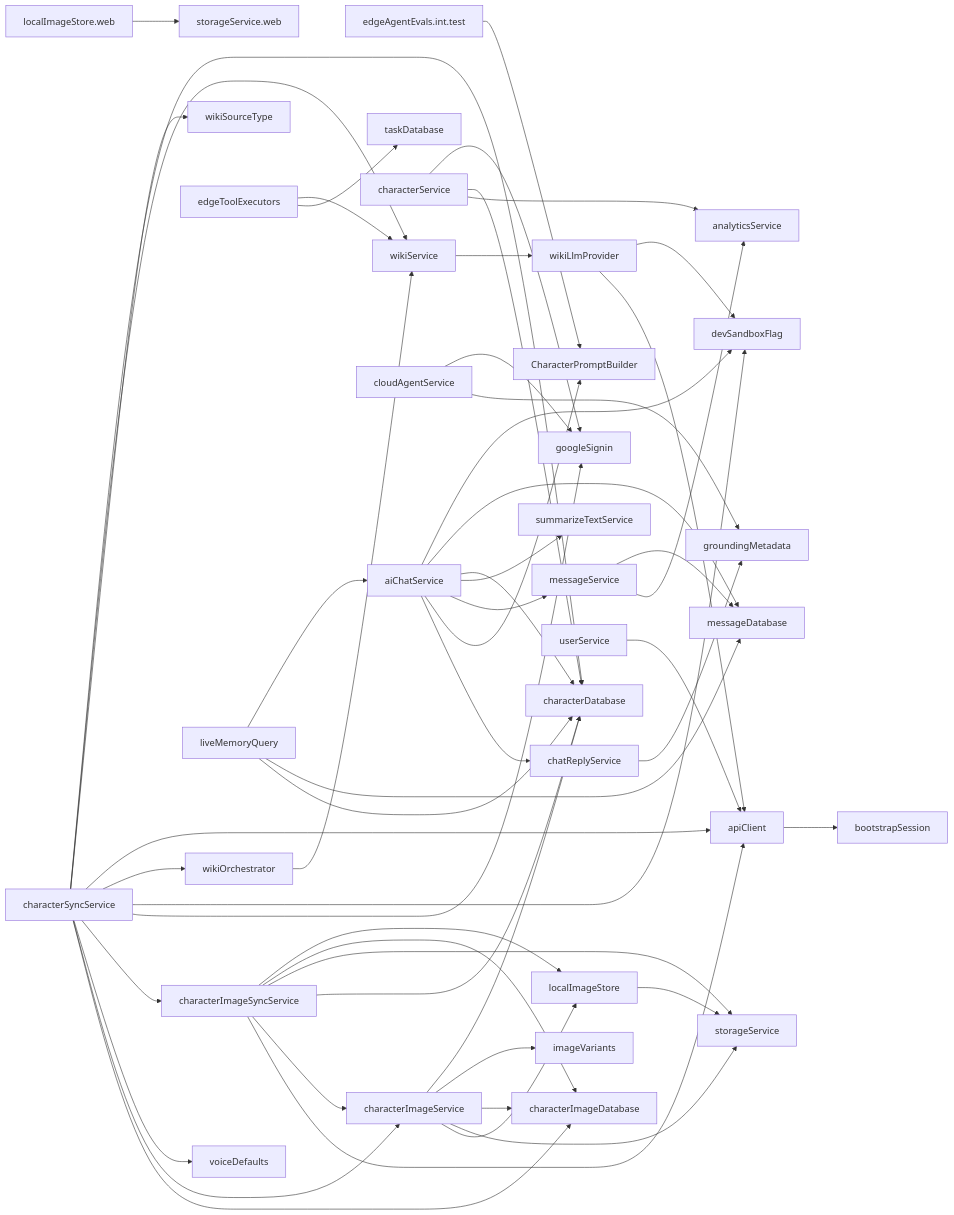
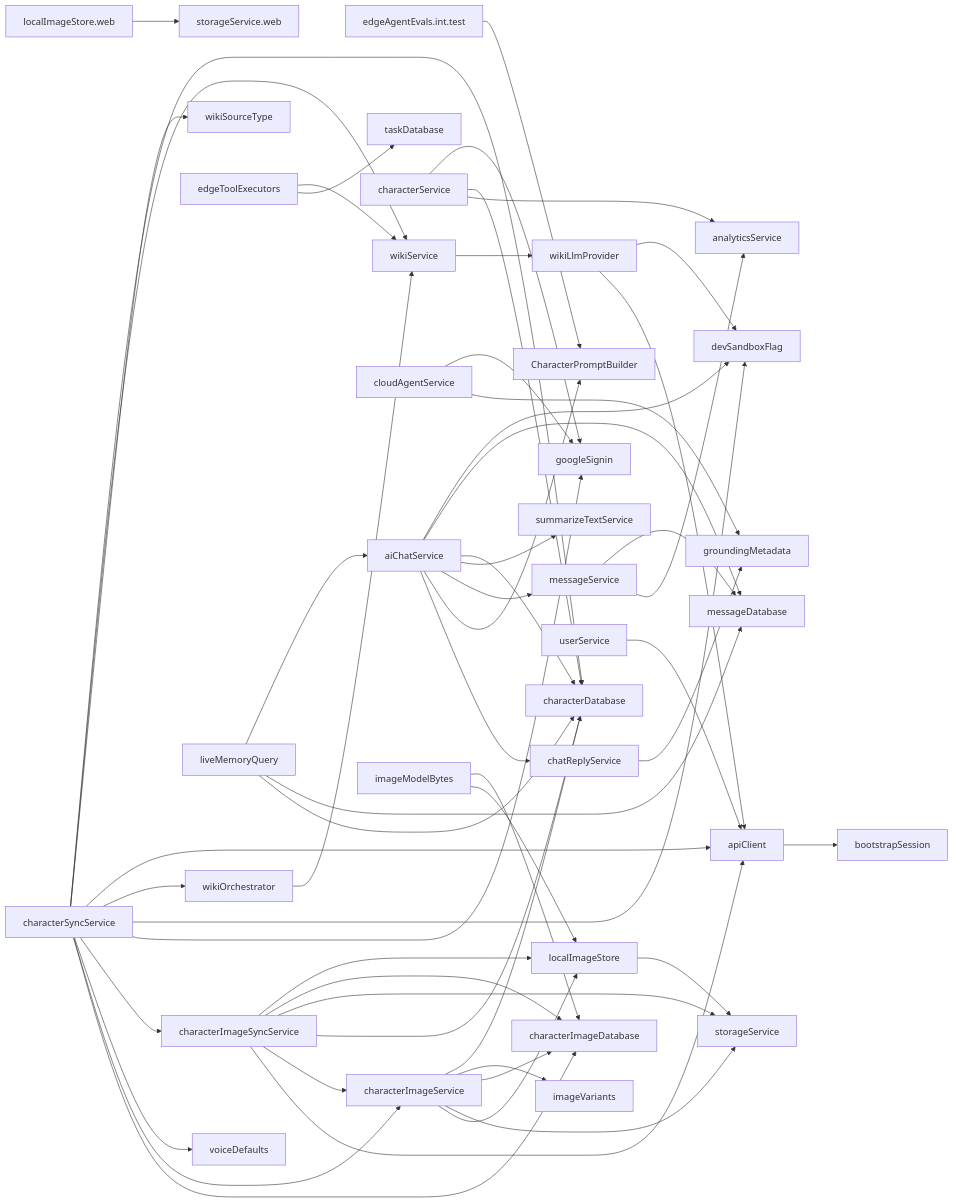
One commit to equationalapplications/clanker changed the diagram in docs/flowcharts/SERVICES.md. Above: the diagram before and after it, drawn with Mermaid. The commit also changed 13 other files, not shown here.

````diff
--- a/docs/flowcharts/SERVICES.md
+++ b/docs/flowcharts/SERVICES.md
@@ -4,54 +4,56 @@
 ```mermaid
 graph LR
   edgeAgentEvals.int.test --> CharacterPromptBuilder
   aiChatService --> devSandboxFlag
   aiChatService --> messageDatabase
   aiChatService --> characterDatabase
   aiChatService --> summarizeTextService
   aiChatService --> messageService
   aiChatService --> CharacterPromptBuilder
   aiChatService --> chatReplyService
   apiClient --> bootstrapSession
   characterImageService --> characterDatabase
   characterImageService --> imageVariants
   characterImageService --> characterImageDatabase
   characterImageService --> storageService
   characterImageService --> localImageStore
   characterImageSyncService --> localImageStore
   characterImageSyncService --> characterImageDatabase
   characterImageSyncService --> storageService
   characterImageSyncService --> characterDatabase
   characterImageSyncService --> characterImageService
   characterImageSyncService --> apiClient
   characterService --> googleSignin
   characterService --> characterDatabase
   characterService --> analyticsService
   characterSyncService --> characterDatabase
   characterSyncService --> wikiService
   characterSyncService --> wikiSourceType
   characterSyncService --> apiClient
   characterSyncService --> wikiOrchestrator
   characterSyncService --> devSandboxFlag
   characterSyncService --> googleSignin
   characterSyncService --> characterImageSyncService
   characterSyncService --> voiceDefaults
   characterSyncService --> characterImageService
   characterSyncService --> characterImageDatabase
   chatReplyService --> groundingMetadata
   cloudAgentService --> googleSignin
   cloudAgentService --> groundingMetadata
   edgeToolExecutors --> wikiService
   edgeToolExecutors --> taskDatabase
+  imageModelBytes --> characterImageDatabase
+  imageModelBytes --> localImageStore
   liveMemoryQuery --> aiChatService
   liveMemoryQuery --> messageDatabase
   liveMemoryQuery --> characterDatabase
   localImageStore --> storageService
   localImageStore.web --> storageService.web
   messageService --> messageDatabase
   messageService --> analyticsService
   userService --> apiClient
   wikiLlmProvider --> devSandboxFlag
   wikiLlmProvider --> apiClient
   wikiOrchestrator --> wikiService
   wikiService --> wikiLlmProvider
 ```
````
